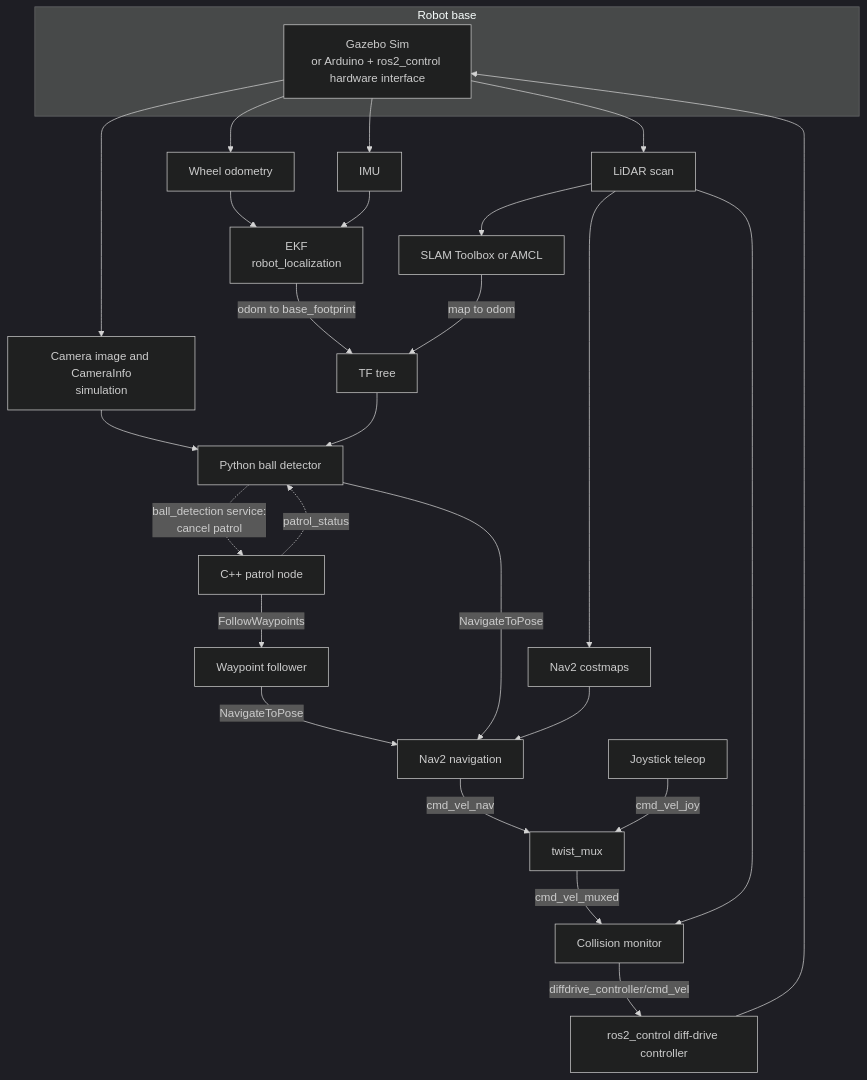
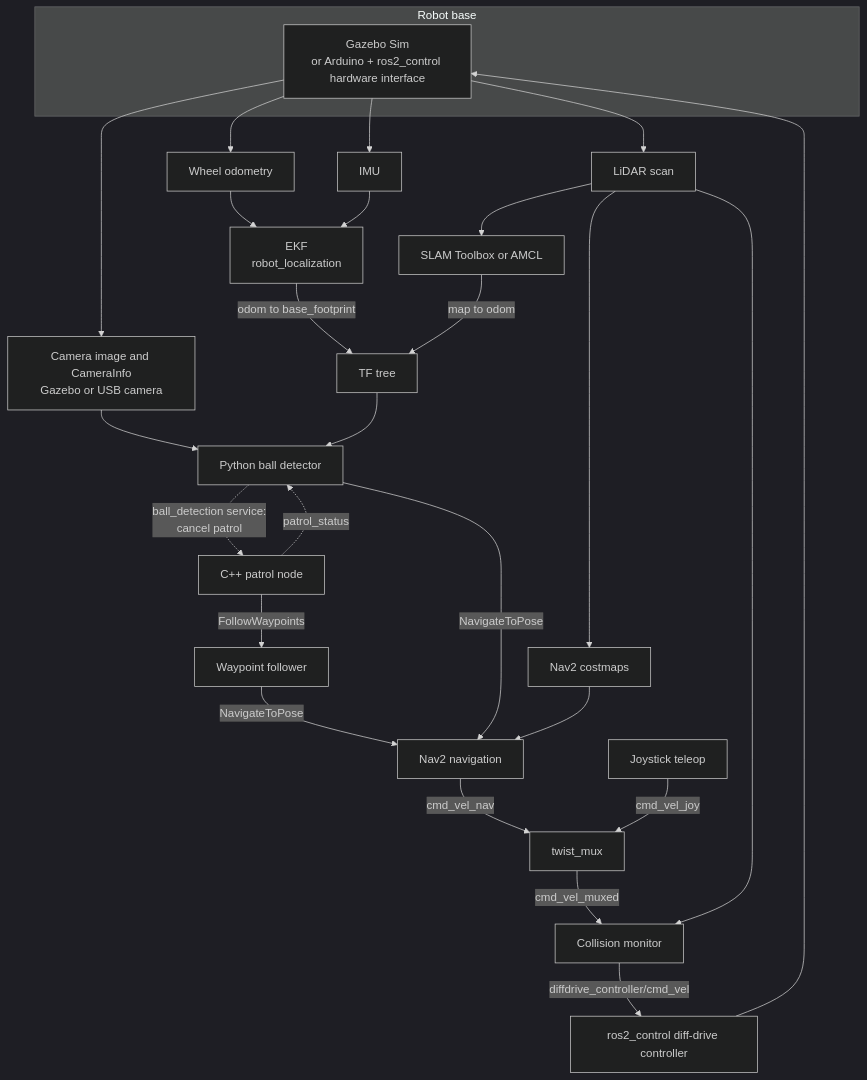
One commit to Will0103/tennisbot_ws changed the diagram in README.md. Above: the diagram before and after it, drawn with Mermaid (dark theme). The commit also changed other lines of this file and 3 other files, not shown here.

````diff
--- a/README.md
+++ b/README.md
@@ -74,34 +80,34 @@
 ```mermaid
 flowchart TD
     subgraph Base[Robot base]
         HW[Gazebo Sim<br/>or Arduino + ros2_control hardware interface]
     end
 
     HW --> ODOM[Wheel odometry]
     HW --> IMU[IMU]
     HW --> L[LiDAR scan]
-    HW --> C[Camera image and CameraInfo<br/>simulation]
+    HW --> C[Camera image and CameraInfo<br/>Gazebo or USB camera]
 
     ODOM --> EKF[EKF<br/>robot_localization]
     IMU --> EKF
     EKF -->|odom to base_footprint| TF[TF tree]
     L --> LOC[SLAM Toolbox or AMCL]
     LOC -->|map to odom| TF
     L --> COST[Nav2 costmaps]
 
     P[C++ patrol node] -->|FollowWaypoints| W[Waypoint follower]
     W -->|NavigateToPose| NAV[Nav2 navigation]
     C --> V[Python ball detector]
     TF --> V
     V -.->|ball_detection service:<br/>cancel patrol| P
     P -.->|patrol_status| V
     V -->|NavigateToPose| NAV
     COST --> NAV
 
     NAV -->|cmd_vel_nav| M[twist_mux]
     J[Joystick teleop] -->|cmd_vel_joy| M
     M -->|cmd_vel_muxed| CM[Collision monitor]
     L --> CM
     CM -->|diffdrive_controller/cmd_vel| D[ros2_control diff-drive controller]
     D --> HW
 ```
````
